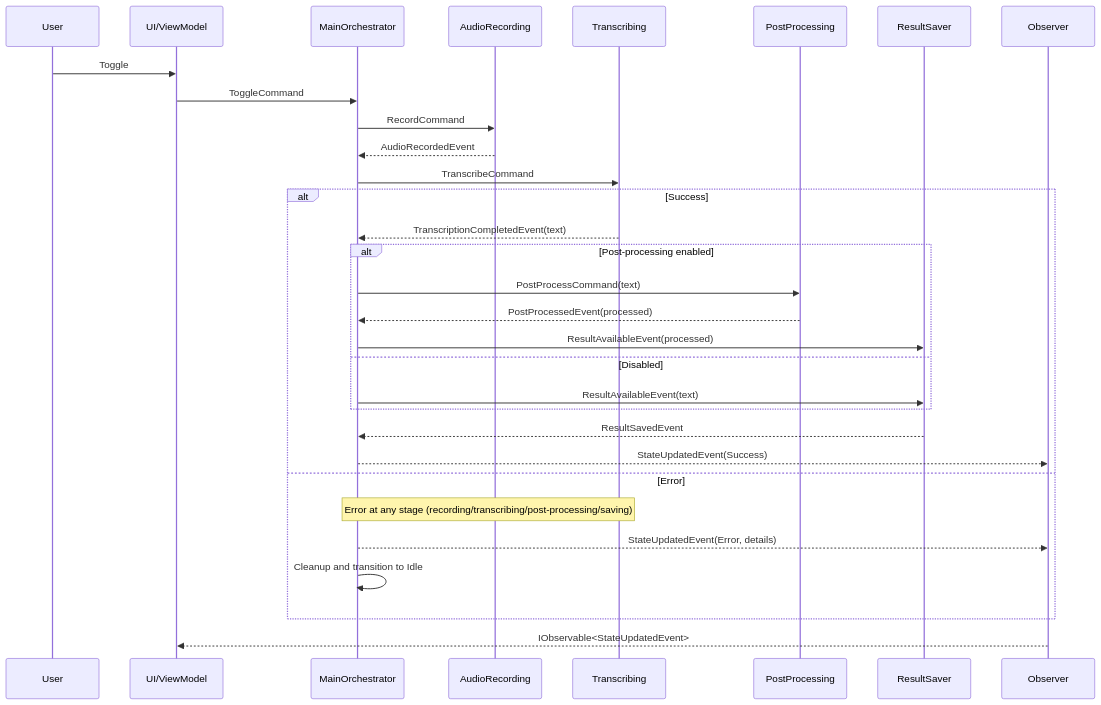
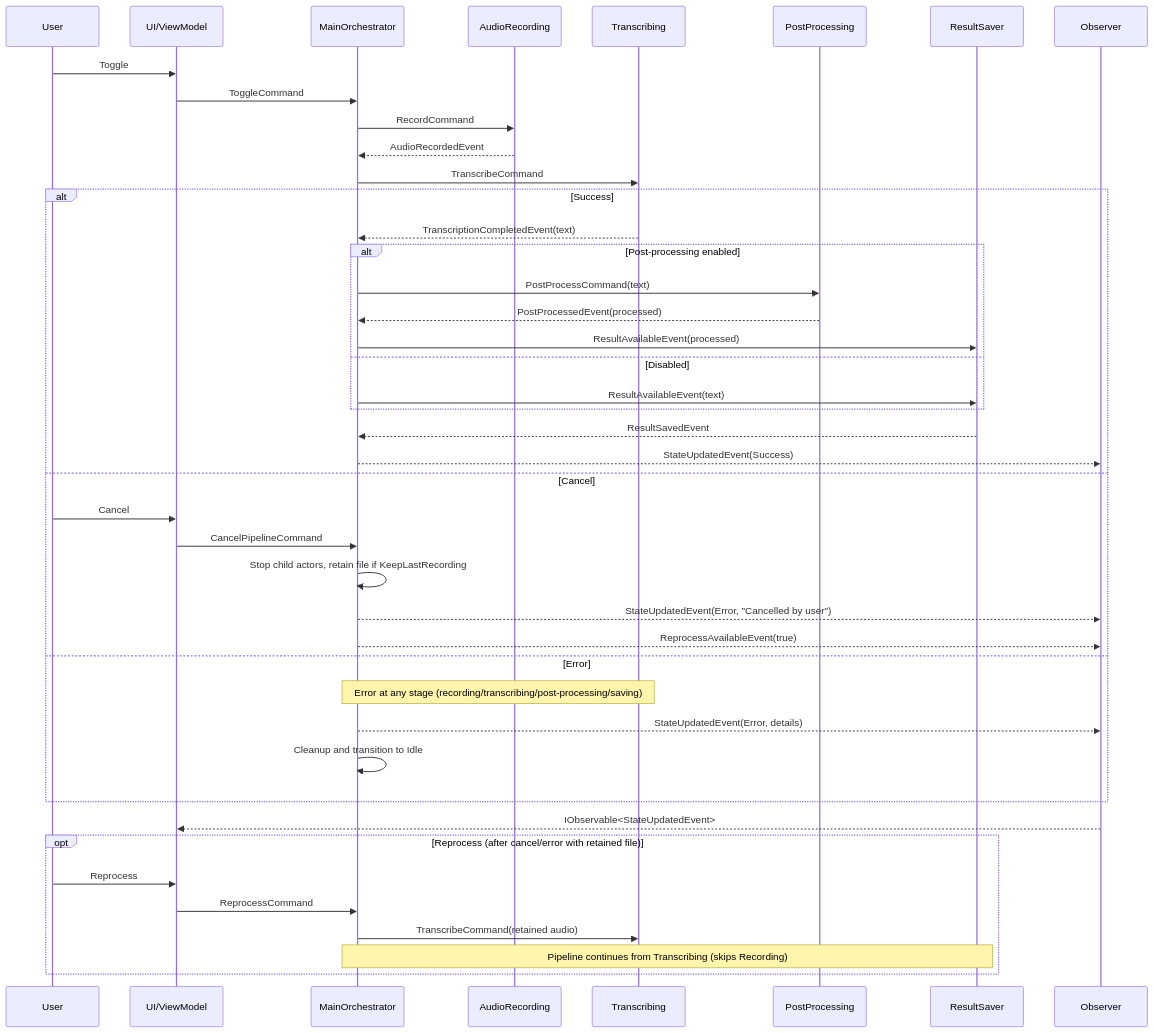
One commit to V0v1kkk/WhisperVoiceInput changed the fourth of 4 diagrams in readme.md. Above: the diagram before and after it, drawn with Mermaid. The commit also changed other lines of this file and 21 other files, not shown here.

First line of the commit message:
feat: implement cancel/reprocess pipeline with session IDs and UI integration

````diff
--- a/readme.md
+++ b/readme.md
@@ -470,34 +532,47 @@
 ```mermaid
 sequenceDiagram
     participant User as User
     participant UI as UI/ViewModel
     participant Orch as MainOrchestrator
     participant Aud as AudioRecording
     participant Tr as Transcribing
     participant PP as PostProcessing
     participant Sav as ResultSaver
     participant Obs as Observer
 
     User->>UI: Toggle
     UI->>Orch: ToggleCommand
     Orch->>Aud: RecordCommand
     Aud-->>Orch: AudioRecordedEvent
     Orch->>Tr: TranscribeCommand
     alt Success
         Tr-->>Orch: TranscriptionCompletedEvent(text)
         alt Post-processing enabled
             Orch->>PP: PostProcessCommand(text)
             PP-->>Orch: PostProcessedEvent(processed)
             Orch->>Sav: ResultAvailableEvent(processed)
         else Disabled
             Orch->>Sav: ResultAvailableEvent(text)
         end
         Sav-->>Orch: ResultSavedEvent
         Orch-->>Obs: StateUpdatedEvent(Success)
+    else Cancel
+        User->>UI: Cancel
+        UI->>Orch: CancelPipelineCommand
+        Orch->>Orch: Stop child actors, retain file if KeepLastRecording
+        Orch-->>Obs: StateUpdatedEvent(Error, "Cancelled by user")
+        Orch-->>Obs: ReprocessAvailableEvent(true)
     else Error
         Note over Tr,Orch: Error at any stage (recording/transcribing/post-processing/saving)
         Orch-->>Obs: StateUpdatedEvent(Error, details)
         Orch->>Orch: Cleanup and transition to Idle
     end
     Obs-->>UI: IObservable<StateUpdatedEvent>
+
+    opt Reprocess (after cancel/error with retained file)
+        User->>UI: Reprocess
+        UI->>Orch: ReprocessCommand
+        Orch->>Tr: TranscribeCommand(retained audio)
+        Note over Orch,Sav: Pipeline continues from Transcribing (skips Recording)
+    end
 ```
````
